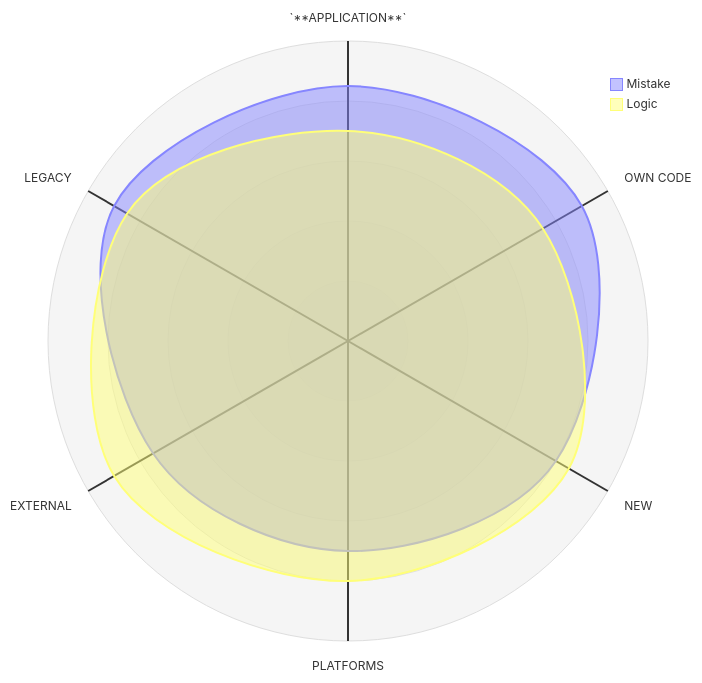
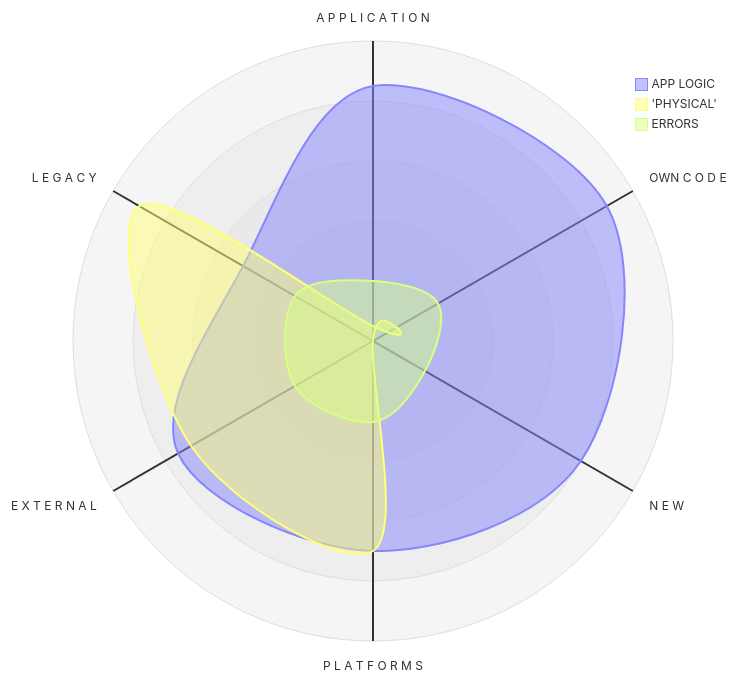
Before and after one commit to Kyriosity/read-write: the diagram in README+/pencraft/README+/essays/README+/NullRefError.md, drawn with Mermaid. The commit also changed other lines of this file, not shown here.

````diff
--- a/README+/pencraft/README+/essays/README+/NullRefError.md
+++ b/README+/pencraft/README+/essays/README+/NullRefError.md
@@ -45,11 +20,13 @@
 ```mermaid
 
 radar-beta
-  axis App["`**APPLICATION**`"], s["OWN CODE"], e["NEW"]
-  axis OS["PLATFORMS"], g["EXTERNAL"], a["LEGACY"]
-  curve MISTAKE["Mistake"]{85, 90, 80, 70, 75, 90}
-  curve LOGIC["Logic"]{70, 75, 85, 80, 90, 85}
+ showLegend true
+  axis App["A P P L I C A T I O N"], s["OWN   C O D E"], e["N E W"]
+  axis OS["P L A T F O R M S"], g[" E X T E R N A L"], a[" L E G A C Y"]
+  curve LOGIC["APP LOGIC"]{85, 90, 80, 70, 75, 50}
+  curve PHYS["'PHYSICAL'"]{5, 9, 0, 70, 70, 90}
+  curve DEEP["ERRORS"]{20, 25, 20, 27, 30, 30}
 
   max 100
   min 0
 ```
````
